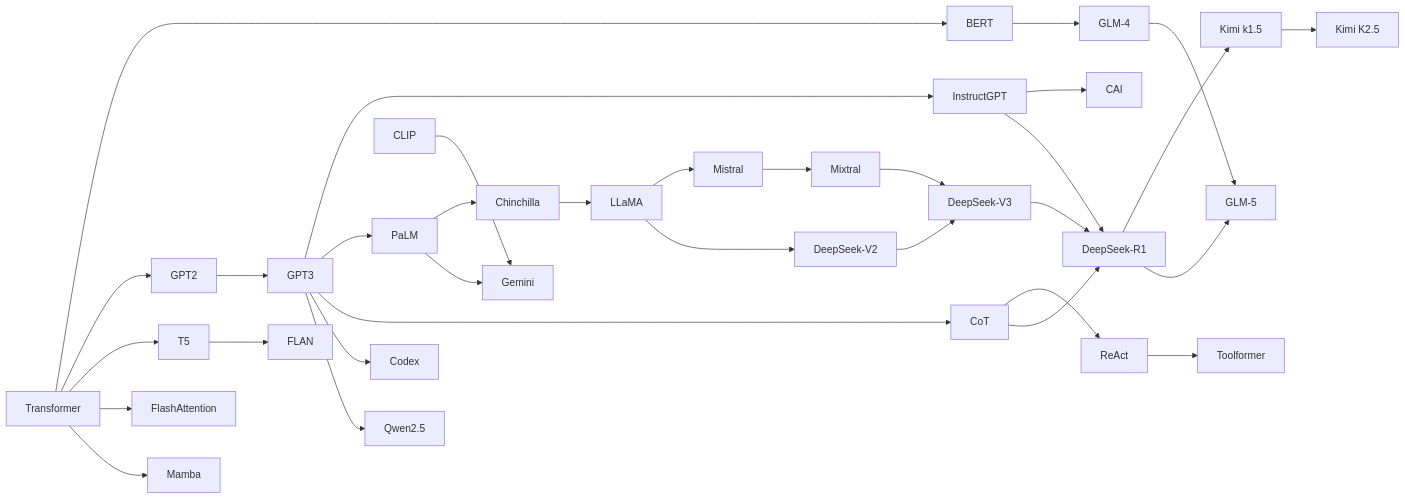
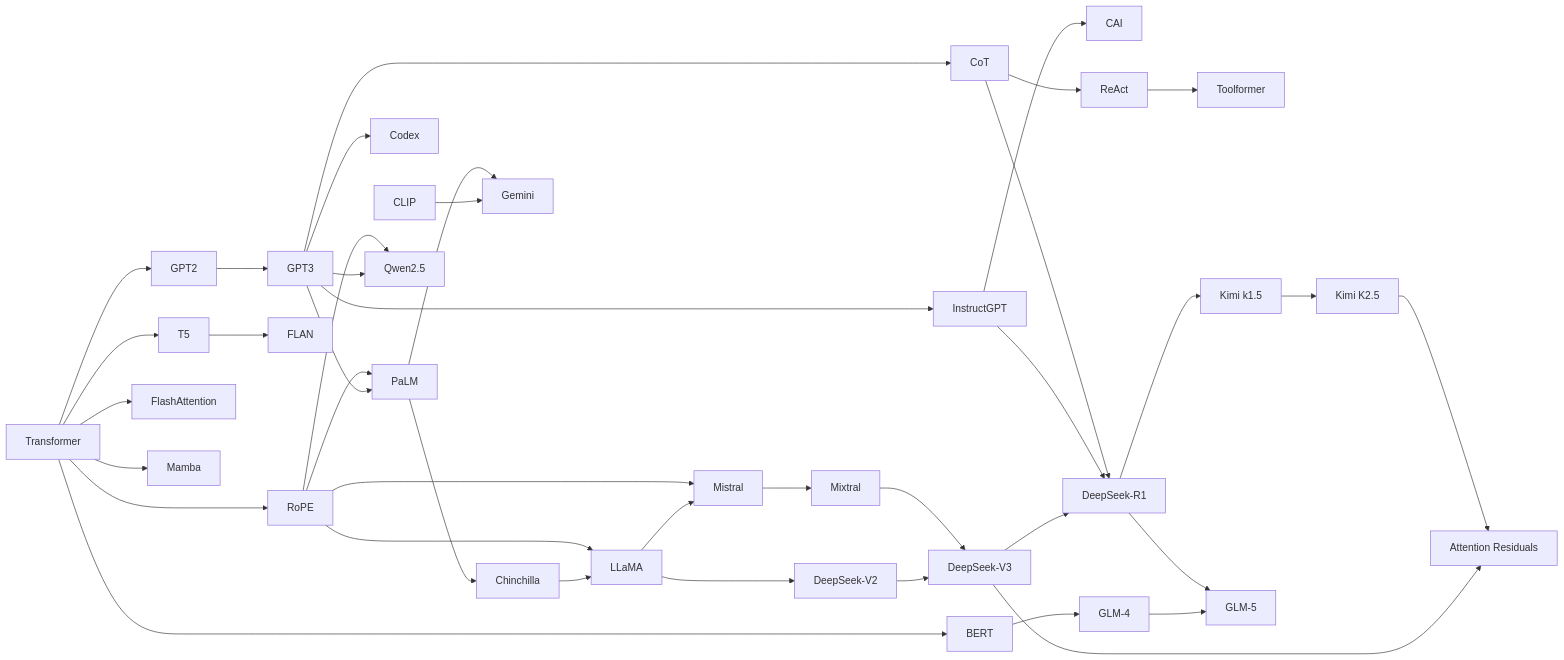
The diagram in docs/06_research_papers/index.md (spawn08/llmbase), drawn with Mermaid before and after one commit. The commit also changed other lines of this file and 2 other files, not shown here.

First line of the commit message:
Add RoPE/RoFormer and Attention Residuals research papers

````diff
--- a/docs/06_research_papers/index.md
+++ b/docs/06_research_papers/index.md
@@ -175,23 +181,28 @@
 ```mermaid
 flowchart LR
     T[Transformer] --> BERT & GPT2 & T5
     GPT2 --> GPT3
     GPT3 --> Inst[InstructGPT] & PaLM & CoT & Codex
     Inst --> CAI
     PaLM --> Chinchilla --> LLaMA --> Mistral --> Mixtral
     T5 --> FLAN
     CoT --> ReAct --> Toolformer
     CLIP --> Gemini
     PaLM --> Gemini
     T --> FlashAttention & Mamba
     LLaMA --> DSV2[DeepSeek-V2] --> DSV3[DeepSeek-V3] --> DSR1[DeepSeek-R1]
     Mixtral --> DSV3
     DSR1 --> KimiK15[Kimi k1.5]
     KimiK15 --> KimiK25[Kimi K2.5]
     BERT --> GLM4[GLM-4]
     GLM4 --> GLM5[GLM-5]
     DSR1 --> GLM5
     GPT3 --> Qwen25[Qwen2.5]
     Inst --> DSR1
     CoT --> DSR1
+    RoPE[RoPE] --> LLaMA
+    RoPE --> Mistral & Qwen25 & PaLM
+    T --> RoPE
+    DSV3 --> AttnRes[Attention Residuals]
+    KimiK25 --> AttnRes
 ```
````
